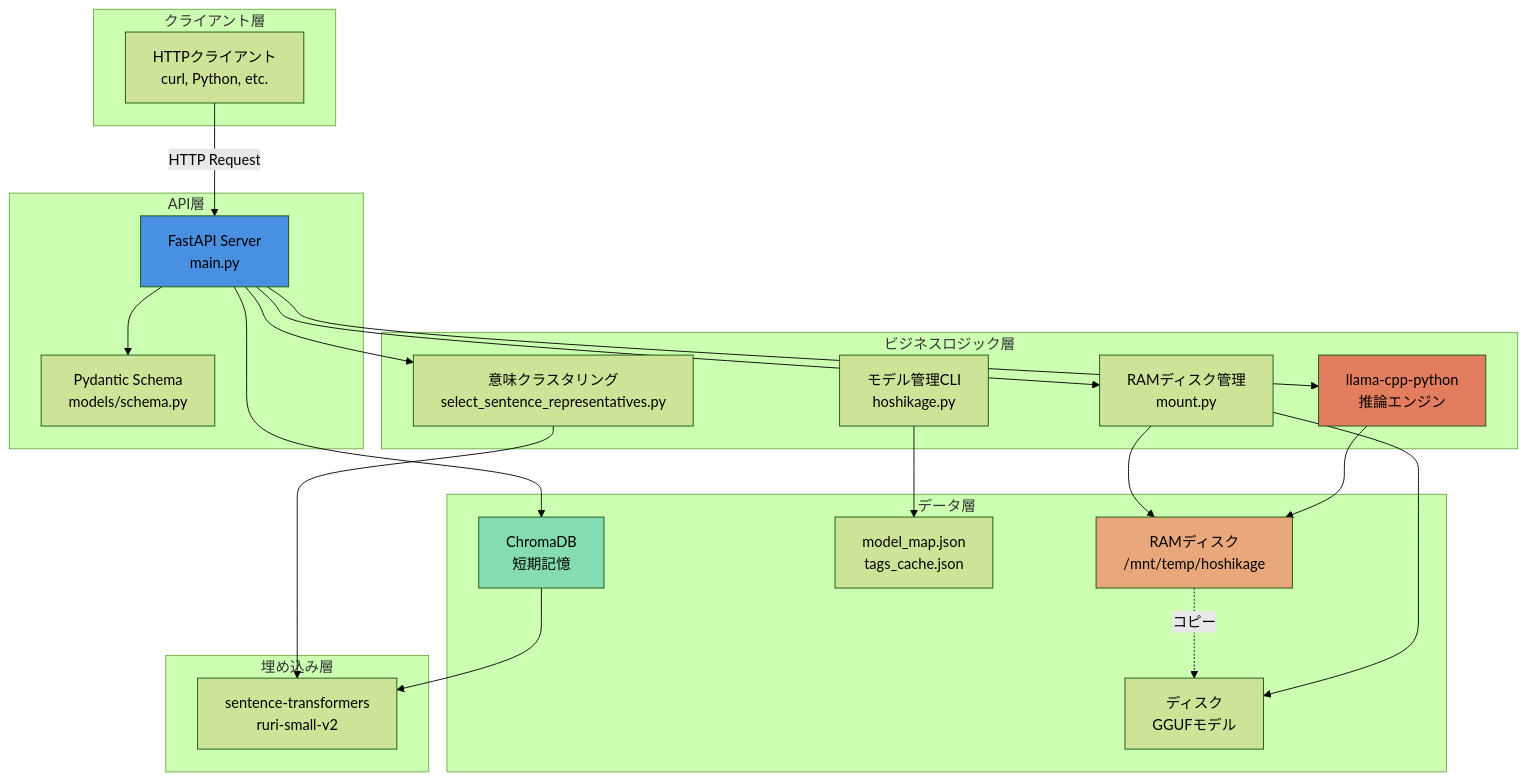
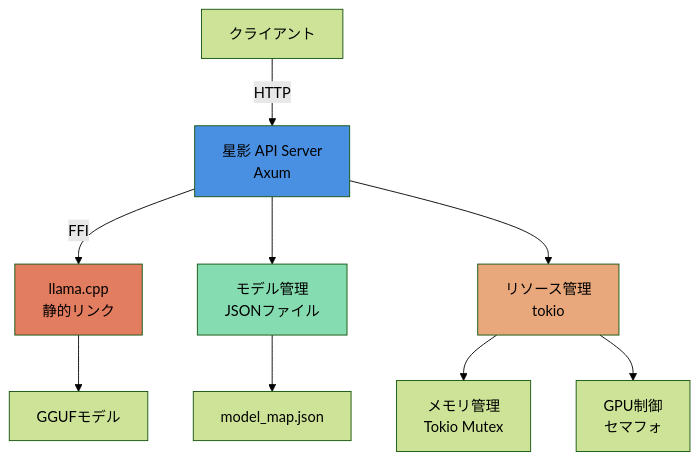
The diagram in docs/system-design.md (tanep3/hoshikage), drawn with Mermaid (forest theme) before and after one commit. The commit also changed other lines of this file and 80 other files, not shown here.

````diff
--- a/docs/system-design.md
+++ b/docs/system-design.md
@@ -27,51 +13,19 @@
 ```mermaid
 graph TB
-    subgraph "クライアント層"
-        Client[HTTPクライアント<br/>curl, Python, etc.]
-    end
+    Client[クライアント] -->|HTTP| API[星影 API Server<br/>Axum]
+    API -->|FFI| LLM[llama.cpp<br/>静的リンク]
+    API --> Config[モデル管理<br/>JSONファイル]
+    API --> Resource[リソース管理<br/>tokio]
     
-    subgraph "API層"
-        FastAPI[FastAPI Server<br/>main.py]
-        Schema[Pydantic Schema<br/>models/schema.py]
-    end
+    LLM --> Model[GGUFモデル]
     
-    subgraph "ビジネスロジック層"
-        LLM[llama-cpp-python<br/>推論エンジン]
-        Cluster[意味クラスタリング<br/>select_sentence_representatives.py]
-        Mount[RAMディスク管理<br/>mount.py]
-        CLI[モデル管理CLI<br/>hoshikage.py]
-    end
+    Config --> ModelDB[model_map.json]
     
-    subgraph "データ層"
-        Chroma[ChromaDB<br/>短期記憶]
-        ModelMap[model_map.json<br/>tags_cache.json]
-        RAM[RAMディスク<br/>/mnt/temp/hoshikage]
-        Disk[ディスク<br/>GGUFモデル]
-    end
+    Resource --> Memory[メモリ管理<br/>Tokio Mutex]
+    Resource --> GPU[GPU制御<br/>セマフォ]
     
-    subgraph "埋め込み層"
-        Embedding[sentence-transformers<br/>ruri-small-v2]
-    end
-    
-    Client -->|HTTP Request| FastAPI
-    FastAPI --> Schema
-    FastAPI --> LLM
-    FastAPI --> Cluster
-    FastAPI --> Mount
-    FastAPI --> Chroma
-    
-    CLI --> ModelMap
-    
-    LLM --> RAM
-    Mount --> RAM
-    Mount --> Disk
-    RAM -.->|コピー| Disk
-    
-    Cluster --> Embedding
-    Chroma --> Embedding
-    
-    style FastAPI fill:#4A90E2
+    style API fill:#4A90E2
     style LLM fill:#E27D60
-    style Chroma fill:#85DCB0
-    style RAM fill:#E8A87C
+    style Config fill:#85DCB0
+    style Resource fill:#E8A87C
 ```
````
